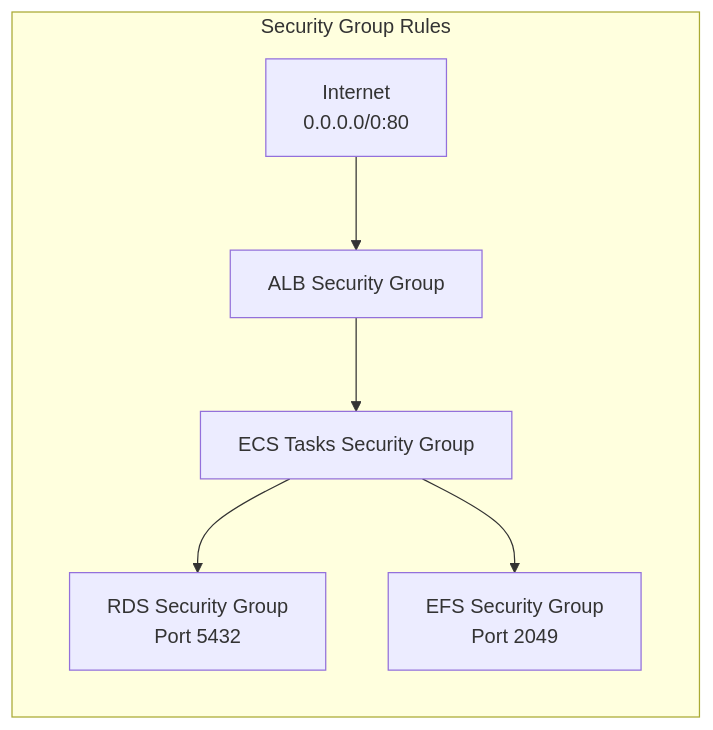
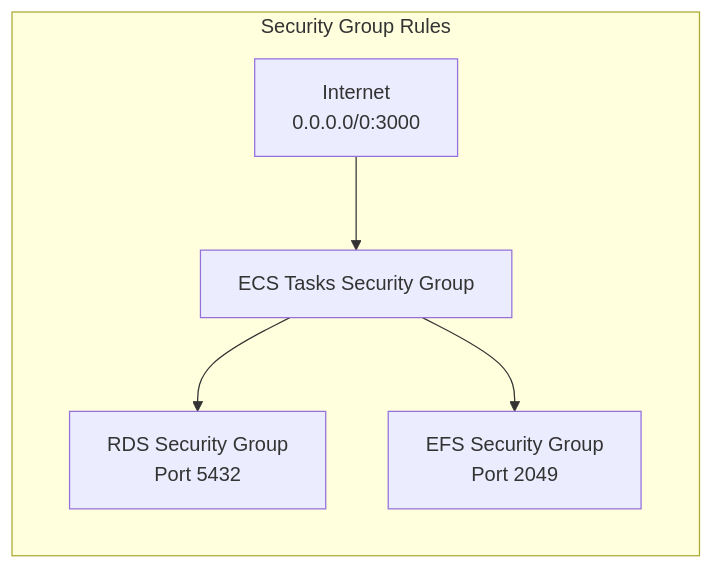
Before and after one commit to namtonthat/dagster-ecs: the third of 4 diagrams in docs/architecture.md, drawn with Mermaid. The commit also changed other lines of this file and 7 other files, not shown here.

````diff
--- a/docs/architecture.md
+++ b/docs/architecture.md
@@ -121,9 +134,8 @@
 ```mermaid
 graph LR
     subgraph "Security Group Rules"
-        INTERNET[Internet<br/>0.0.0.0/0:80] --> ALB_SG[ALB Security Group]
-        ALB_SG --> ECS_SG[ECS Tasks Security Group]
+        INTERNET[Internet<br/>0.0.0.0/0:3000] --> ECS_SG[ECS Tasks Security Group]
         ECS_SG --> RDS_SG[RDS Security Group<br/>Port 5432]
         ECS_SG --> EFS_SG[EFS Security Group<br/>Port 2049]
     end
 ```
````
